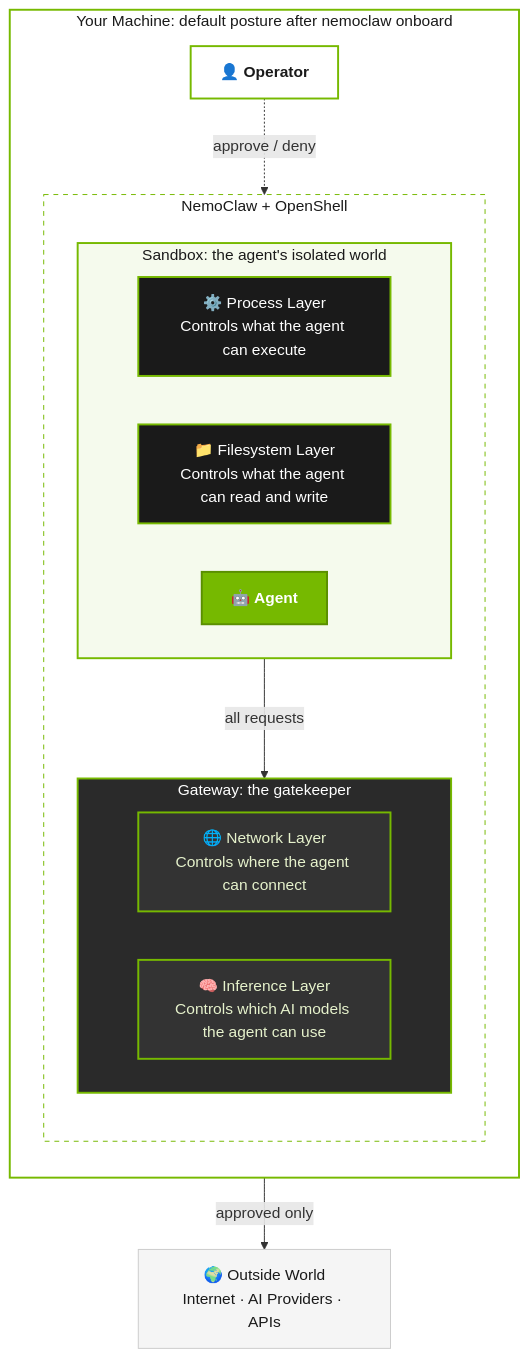
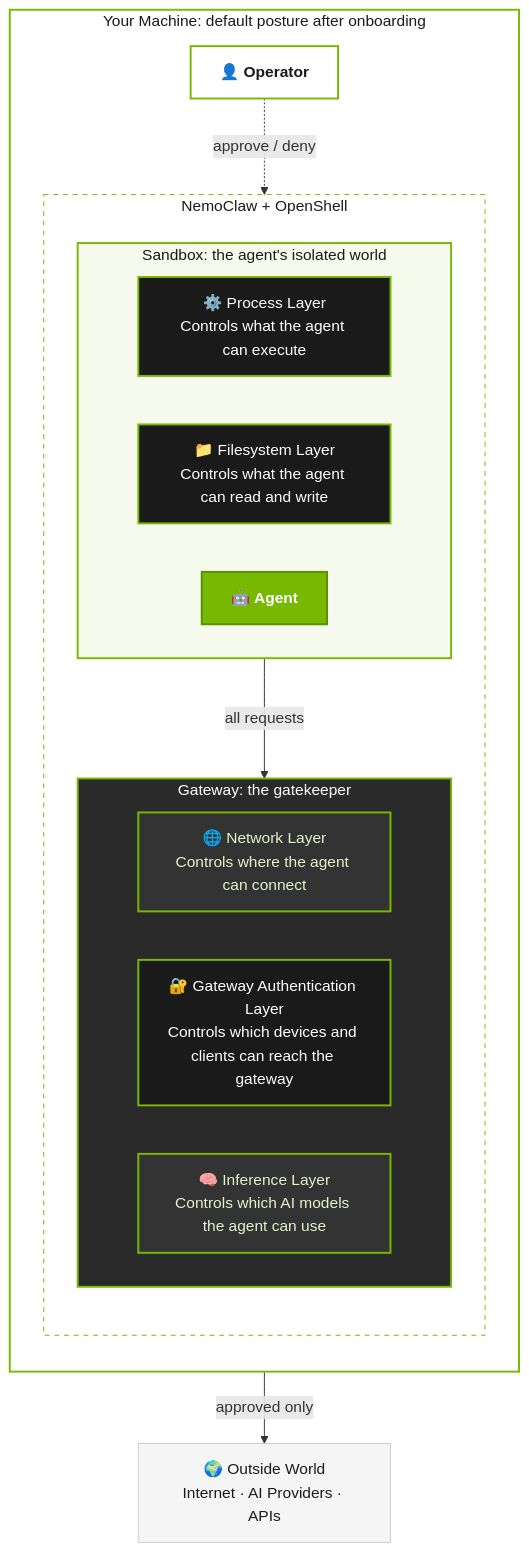
The diagram in skills/nemoclaw-user-configure-security/references/best-practices.md (Solizardking/NemoClaw), drawn with Mermaid before and after one commit. The commit also changed other lines of this file and 60 other files, not shown here.

````diff
--- a/skills/nemoclaw-user-configure-security/references/best-practices.md
+++ b/skills/nemoclaw-user-configure-security/references/best-practices.md
@@ -19,48 +19,49 @@
 ```mermaid
 flowchart TB
-    subgraph HOST["Your Machine: default posture after nemoclaw onboard"]
+    subgraph HOST["Your Machine: default posture after onboarding"]
         direction TB
 
         YOU["👤 Operator"]
 
         subgraph NC["NemoClaw + OpenShell"]
             direction TB
 
             subgraph SB["Sandbox: the agent's isolated world"]
                 direction LR
                 PROC["⚙️ Process Layer<br/>Controls what the agent can execute"]
                 FS["📁 Filesystem Layer<br/>Controls what the agent can read and write"]
                 AGENT["🤖 Agent"]
             end
 
             subgraph GW["Gateway: the gatekeeper"]
                 direction LR
                 NET["🌐 Network Layer<br/>Controls where the agent can connect"]
+                AUTH["🔐 Gateway Authentication Layer<br/>Controls which devices and clients can reach the gateway"]
                 INF["🧠 Inference Layer<br/>Controls which AI models the agent can use"]
             end
         end
     end
 
     OUTSIDE["🌍 Outside World<br/>Internet · AI Providers · APIs"]
 
     AGENT -- "all requests" --> GW
     GW -- "approved only" --> OUTSIDE
     YOU -. "approve / deny" .-> GW
 
     classDef agent fill:#76b900,stroke:#5a8f00,color:#fff,stroke-width:2px,font-weight:bold
     classDef locked fill:#1a1a1a,stroke:#76b900,color:#fff,stroke-width:2px
     classDef hot fill:#333,stroke:#76b900,color:#e6f2cc,stroke-width:2px
     classDef external fill:#f5f5f5,stroke:#ccc,color:#1a1a1a,stroke-width:1px
     classDef operator fill:#fff,stroke:#76b900,color:#1a1a1a,stroke-width:2px,font-weight:bold
 
     class AGENT agent
-    class PROC,FS locked
+    class PROC,FS,AUTH locked
     class NET,INF hot
     class OUTSIDE external
     class YOU operator
 
     style HOST fill:none,stroke:#76b900,stroke-width:2px,color:#1a1a1a
     style NC fill:none,stroke:#76b900,stroke-width:1px,stroke-dasharray:5 5,color:#1a1a1a
     style SB fill:#f5faed,stroke:#76b900,stroke-width:2px,color:#1a1a1a
     style GW fill:#2a2a2a,stroke:#76b900,stroke-width:2px,color:#fff
 ```
````
